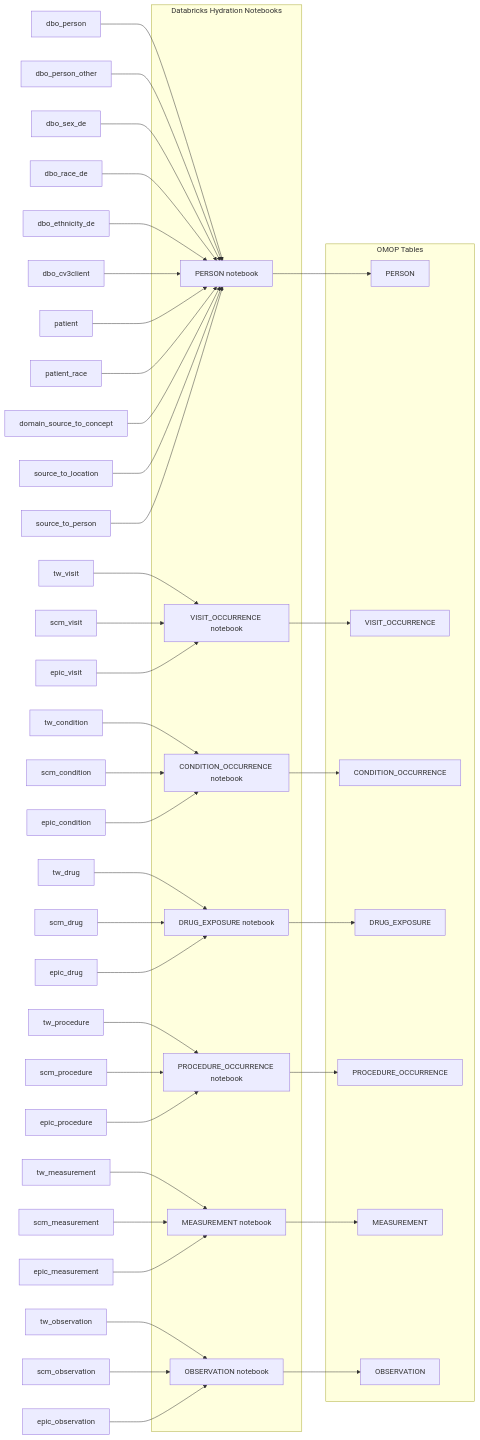
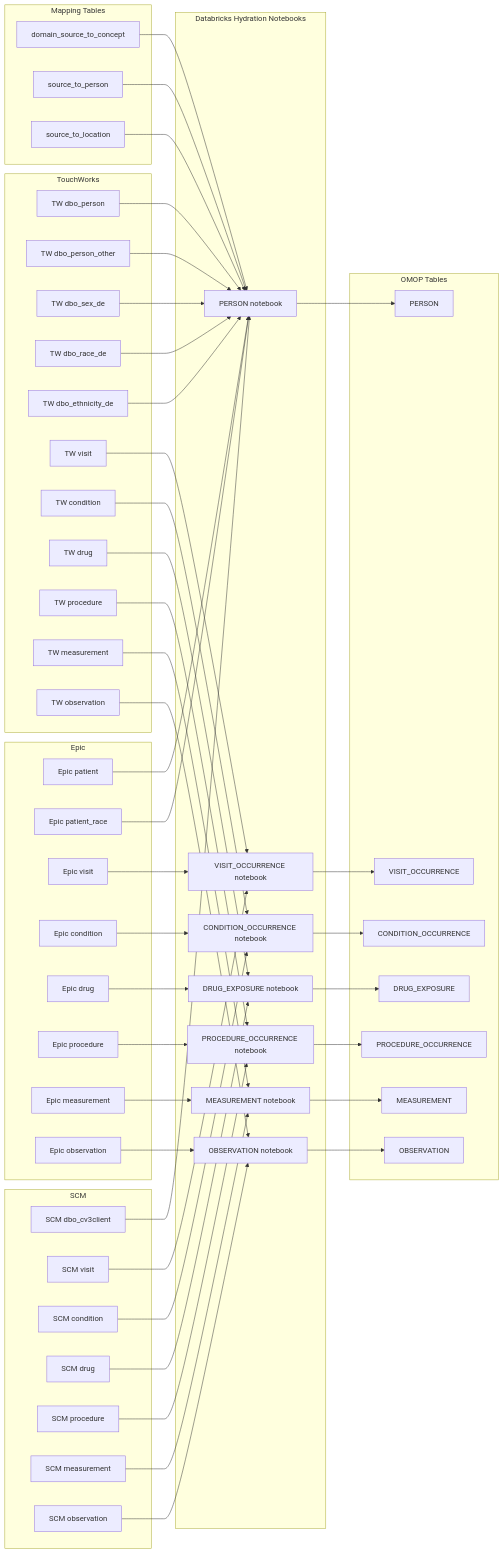
The first of 10 diagrams in docs/omop_architecture_erd_with_sources.md (janyaibe/omop-accelerator), drawn with Mermaid before and after one commit. The commit also changed other lines of this file, not shown here.

````diff
--- a/docs/omop_architecture_erd_with_sources.md
+++ b/docs/omop_architecture_erd_with_sources.md
@@ -9,7 +9,63 @@
 ```mermaid
 flowchart LR
 
-   subgraph DBX[Databricks Hydration Notebooks]
+    %% ======================
+    %% SOURCE SYSTEMS
+    %% ======================
+
+    subgraph TW[TouchWorks]
+        tw_dbo_person[ TW dbo_person ]
+        tw_dbo_person_other[ TW dbo_person_other ]
+        tw_dbo_sex[ TW dbo_sex_de ]
+        tw_dbo_race[ TW dbo_race_de ]
+        tw_dbo_ethnicity[ TW dbo_ethnicity_de ]
+
+        tw_visit[ TW visit ]
+        tw_condition[ TW condition ]
+        tw_drug[ TW drug ]
+        tw_procedure[ TW procedure ]
+        tw_measurement[ TW measurement ]
+        tw_observation[ TW observation ]
+    end
+
+    subgraph SCM[SCM]
+        scm_client[ SCM dbo_cv3client ]
+
+        scm_visit[ SCM visit ]
+        scm_condition[ SCM condition ]
+        scm_drug[ SCM drug ]
+        scm_procedure[ SCM procedure ]
+        scm_measurement[ SCM measurement ]
+        scm_observation[ SCM observation ]
+    end
+
+    subgraph EPIC[Epic]
+        epic_patient[ Epic patient ]
+        epic_patient_race[ Epic patient_race ]
+
+        epic_visit[ Epic visit ]
+        epic_condition[ Epic condition ]
+        epic_drug[ Epic drug ]
+        epic_procedure[ Epic procedure ]
+        epic_measurement[ Epic measurement ]
+        epic_observation[ Epic observation ]
+    end
+
+    %% ======================
+    %% MAPPING TABLES
+    %% ======================
+
+    subgraph MAP[Mapping Tables]
+        map_domain[ domain_source_to_concept ]
+        map_person[ source_to_person ]
+        map_location[ source_to_location ]
+    end
+
+    %% ======================
+    %% NOTEBOOKS
+    %% ======================
+
+    subgraph DBX[Databricks Hydration Notebooks]
         nb_person[PERSON notebook]
         nb_visit[VISIT_OCCURRENCE notebook]
         nb_condition[CONDITION_OCCURRENCE notebook]
@@ -18,6 +74,10 @@
         nb_meas[MEASUREMENT notebook]
         nb_obs[OBSERVATION notebook]
     end
+
+    %% ======================
+    %% OMOP TARGETS
+    %% ======================
 
     subgraph OMOP[OMOP Tables]
         PERSON
@@ -29,72 +89,78 @@
         OBSERVATION
     end
 
-    %% TouchWorks
-tw_dbo_person[dbo_person]
-tw_dbo_person_other[dbo_person_other]
-tw_dbo_sex[dbo_sex_de]
-tw_dbo_race[dbo_race_de]
-tw_dbo_ethnicity[dbo_ethnicity_de]
+    %% ======================
+    %% PERSON FLOW
+    %% ======================
 
-%% SCM
-scm_client[dbo_cv3client]
+    tw_dbo_person --> nb_person
+    tw_dbo_person_other --> nb_person
+    tw_dbo_sex --> nb_person
+    tw_dbo_race --> nb_person
+    tw_dbo_ethnicity --> nb_person
 
-%% Epic
-epic_patient[patient]
-epic_patient_race[patient_race]
+    scm_client --> nb_person
 
-%% Mapping tables
-map_domain[domain_source_to_concept]
-map_person[source_to_person]
-map_location[source_to_location]
+    epic_patient --> nb_person
+    epic_patient_race --> nb_person
 
-%% TouchWorks flow
-tw_dbo_person --> nb_person
-tw_dbo_person_other --> nb_person
-tw_dbo_sex --> nb_person
-tw_dbo_race --> nb_person
-tw_dbo_ethnicity --> nb_person
+    map_domain --> nb_person
+    map_location --> nb_person
+    map_person --> nb_person
 
-%% SCM flow
-scm_client --> nb_person
+    nb_person --> PERSON
 
-%% Epic flow
-epic_patient --> nb_person
-epic_patient_race --> nb_person
+    %% ======================
+    %% VISIT
+    %% ======================
 
-%% Mapping joins
-map_domain --> nb_person
-map_location --> nb_person
-map_person --> nb_person
-nb_person --> PERSON
+    tw_visit --> nb_visit
+    scm_visit --> nb_visit
+    epic_visit --> nb_visit
+    nb_visit --> VISIT_OCCURRENCE
 
-   tw_visit --> nb_visit
-   scm_visit --> nb_visit
-   epic_visit --> nb_visit
-   nb_visit --> VISIT_OCCURRENCE
+    %% ======================
+    %% CONDITION
+    %% ======================
 
-   tw_condition --> nb_condition
-   scm_condition --> nb_condition
-   epic_condition --> nb_condition
-   nb_condition --> CONDITION_OCCURRENCE
+    tw_condition --> nb_condition
+    scm_condition --> nb_condition
+    epic_condition --> nb_condition
+    nb_condition --> CONDITION_OCCURRENCE
 
-   tw_drug --> nb_drug
-   scm_drug --> nb_drug
-   epic_drug --> nb_drug
-   nb_drug --> DRUG_EXPOSURE
+    %% ======================
+    %% DRUG
+    %% ======================
 
-   tw_procedure --> nb_proc
-   scm_procedure --> nb_proc
-   epic_procedure --> nb_proc
-   nb_proc --> PROCEDURE_OCCURRENCE
+    tw_drug --> nb_drug
+    scm_drug --> nb_drug
+    epic_drug --> nb_drug
+    nb_drug --> DRUG_EXPOSURE
 
-   tw_measurement --> nb_meas
-   scm_measurement --> nb_meas
-   epic_measurement --> nb_meas
-   nb_meas --> MEASUREMENT
+    %% ======================
+    %% PROCEDURE
+    %% ======================
 
-   tw_observation --> nb_obs
-   scm_observation --> nb_obs
-   epic_observation --> nb_obs
-   nb_obs --> OBSERVATION
+    tw_procedure --> nb_proc
+    scm_procedure --> nb_proc
+    epic_procedure --> nb_proc
+    nb_proc --> PROCEDURE_OCCURRENCE
+
+    %% ======================
+    %% MEASUREMENT
+    %% ======================
+
+    tw_measurement --> nb_meas
+    scm_measurement --> nb_meas
+    epic_measurement --> nb_meas
+    nb_meas --> MEASUREMENT
+
+    %% ======================
+    %% OBSERVATION
+    %% ======================
+
+    tw_observation --> nb_obs
+    scm_observation --> nb_obs
+    epic_observation --> nb_obs
+    nb_obs --> OBSERVATION
 ```
````
